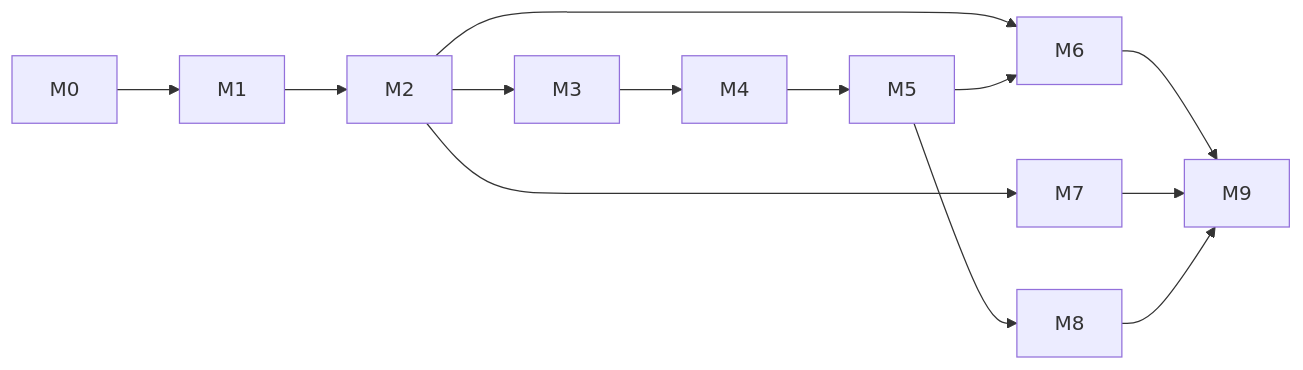
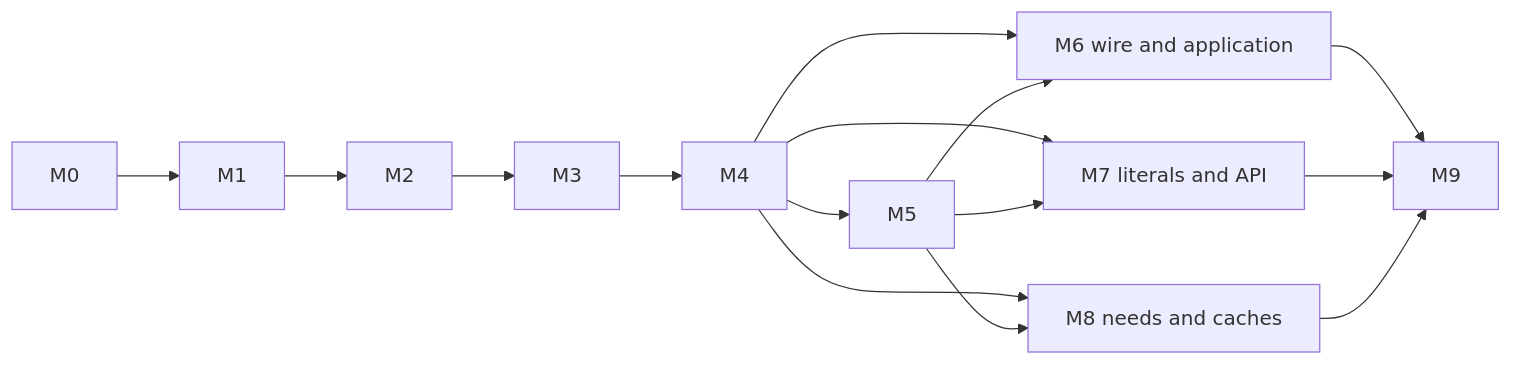
Before and after one commit to early-effect/histos: the diagram in docs/roadmap.md, drawn with Mermaid. The commit also changed other lines of this file and 143 other files, not shown here.

````diff
--- a/docs/roadmap.md
+++ b/docs/roadmap.md
@@ -446,15 +139,14 @@
 ```mermaid
 flowchart LR
-  M0 --> M1
-  M1 --> M2
-  M2 --> M3
-  M3 --> M4
+  M0 --> M1 --> M2 --> M3 --> M4
   M4 --> M5
-  M2 --> M6
+  M4 --> M6[ M6 wire and application ]
+  M4 --> M7[ M7 literals and API ]
+  M4 --> M8[ M8 needs and caches ]
   M5 --> M6
-  M2 --> M7
+  M5 --> M7
   M5 --> M8
   M6 --> M9
   M7 --> M9
   M8 --> M9
 ```
````
